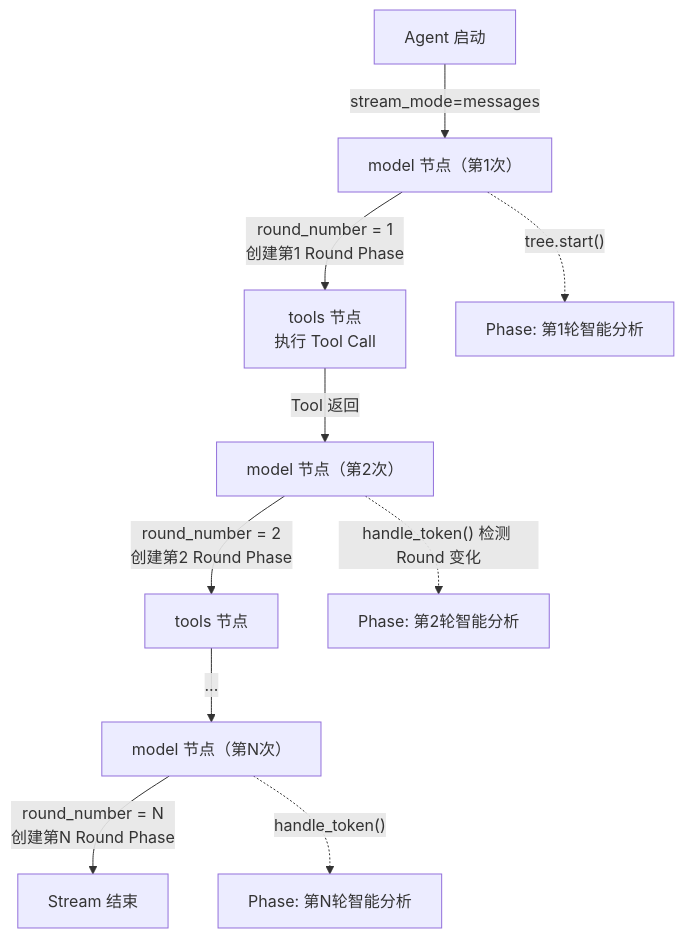
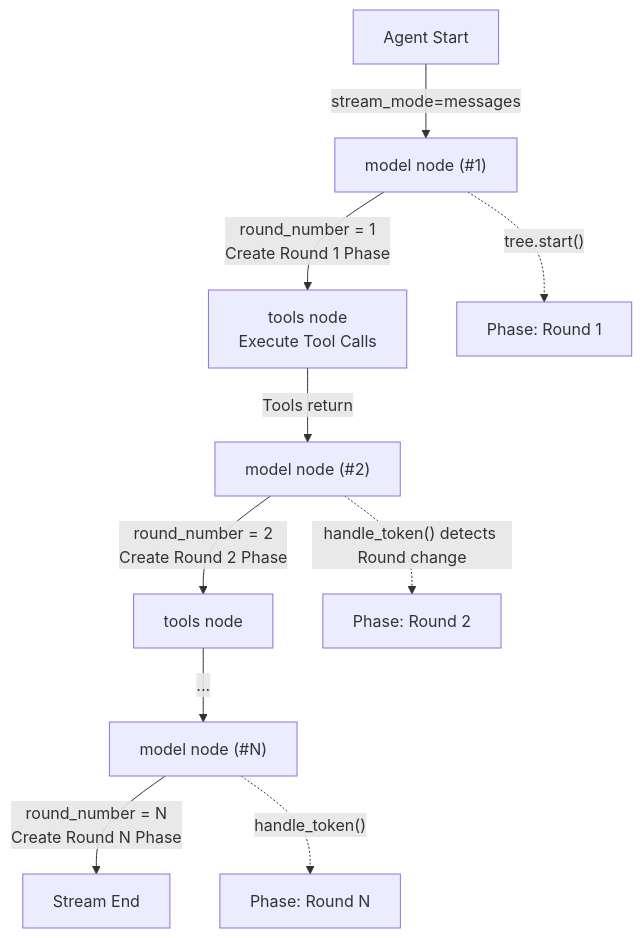
One commit to kangxiaoning/diagnostics changed the fourth of 5 diagrams in README.md. Above: the diagram before and after it, drawn with Mermaid. The commit also changed other lines of this file, not shown here.

Commit message:
docs: Mermaid和ASCII图内部文字改为英文，描述保留中文与图中英文概念对应

````diff
--- a/README.md
+++ b/README.md
@@ -166,13 +166,13 @@
 ```mermaid
 flowchart TD
-    START["Agent 启动"] -->|"stream_mode=messages"| M1["model 节点（第1次）"]
-    M1 -->|"round_number = 1<br/>创建第1 Round Phase"| T1["tools 节点<br/>执行 Tool Call"]
-    T1 -->|"Tool 返回"| M2["model 节点（第2次）"]
-    M2 -->|"round_number = 2<br/>创建第2 Round Phase"| T2["tools 节点"]
-    T2 -->|"..."| MN["model 节点（第N次）"]
-    MN -->|"round_number = N<br/>创建第N Round Phase"| END["Stream 结束"]
+    START["Agent Start"] -->|"stream_mode=messages"| M1["model node (#1)"]
+    M1 -->|"round_number = 1<br/>Create Round 1 Phase"| T1["tools node<br/>Execute Tool Calls"]
+    T1 -->|"Tools return"| M2["model node (#2)"]
+    M2 -->|"round_number = 2<br/>Create Round 2 Phase"| T2["tools node"]
+    T2 -->|"..."| MN["model node (#N)"]
+    MN -->|"round_number = N<br/>Create Round N Phase"| END["Stream End"]
 
-    M1 -.->|"tree.start()"| P1["Phase: 第1轮智能分析"]
-    M2 -.->|"handle_token() 检测 Round 变化"| P2["Phase: 第2轮智能分析"]
-    MN -.->|"handle_token()"| PN["Phase: 第N轮智能分析"]
+    M1 -.->|"tree.start()"| P1["Phase: Round 1"]
+    M2 -.->|"handle_token() detects Round change"| P2["Phase: Round 2"]
+    MN -.->|"handle_token()"| PN["Phase: Round N"]
 ```
````
